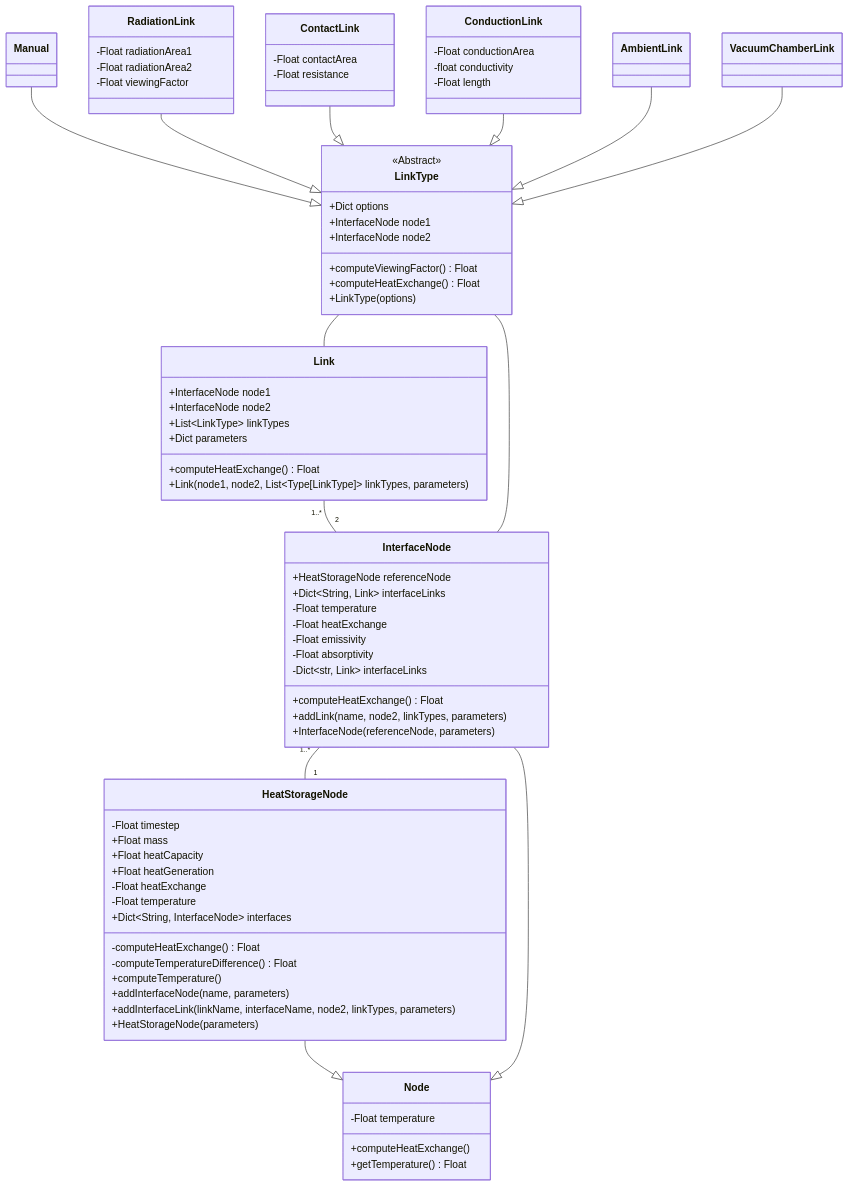
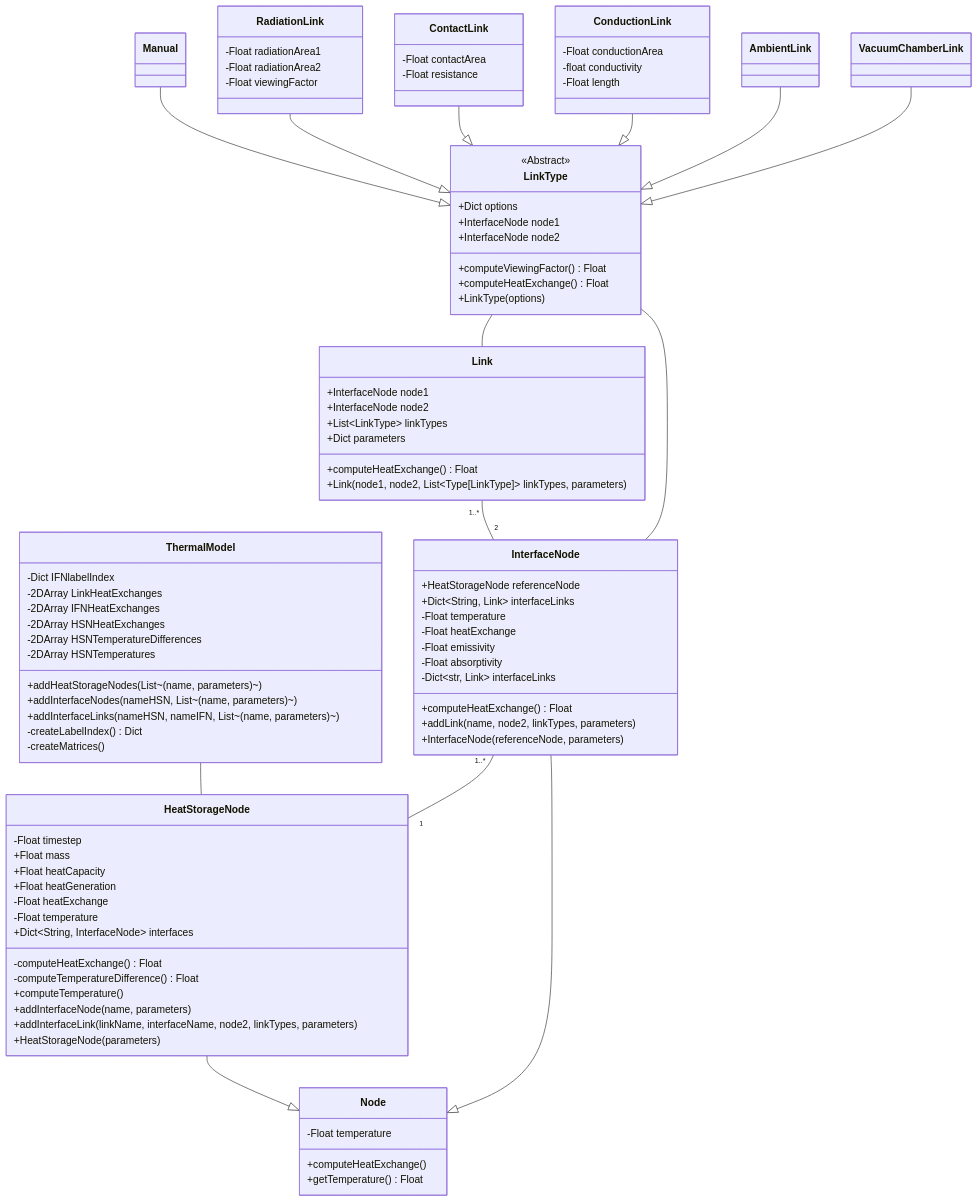
One commit to niveK77pur/ISM-Thermal-Model changed the diagram in class-diagram/class-diagram.mmd. Above: the diagram before and after it, drawn with Mermaid. The commit also changed 2 other files, not shown here.

```diff
--- a/class-diagram/class-diagram.mmd
+++ b/class-diagram/class-diagram.mmd
@@ -1,91 +1,106 @@
 classDiagram
 
+class ThermalModel {
+    -Dict IFNlabelIndex
+    -2DArray LinkHeatExchanges
+    -2DArray IFNHeatExchanges
+    -2DArray HSNHeatExchanges
+    -2DArray HSNTemperatureDifferences
+    -2DArray HSNTemperatures
+    +addHeatStorageNodes(List~(name, parameters)~)
+    +addInterfaceNodes(nameHSN, List~(name, parameters)~)
+    +addInterfaceLinks(nameHSN, nameIFN, List~(name, parameters)~)
+    -createLabelIndex() Dict
+    -createMatrices()
+}
 
 class Node {
     -Float temperature
     +computeHeatExchange()
     +getTemperature() Float
 }
 
 class HeatStorageNode {
     -Float timestep
     +Float mass
     +Float heatCapacity
     +Float heatGeneration
     -Float heatExchange
     -Float temperature
     +Dict~String, InterfaceNode~ interfaces
     -computeHeatExchange() Float
     -computeTemperatureDifference() Float
     +computeTemperature()
     +addInterfaceNode(name, parameters)
     +addInterfaceLink(linkName, interfaceName, node2, linkTypes, parameters)
     +HeatStorageNode(parameters)
 }
 
 class InterfaceNode {
     +HeatStorageNode referenceNode
     +Dict~String, Link~ interfaceLinks
     -Float temperature
     -Float heatExchange
     -Float emissivity
     -Float absorptivity
     -Dict~str, Link~ interfaceLinks
     +computeHeatExchange() Float
     +addLink(name, node2, linkTypes, parameters)
     +InterfaceNode(referenceNode, parameters)
 }
 
 class Link {
     +InterfaceNode node1
     +InterfaceNode node2
     +List~LinkType~ linkTypes
     +Dict parameters
     +computeHeatExchange() Float
     +Link(node1, node2, List~Type[LinkType]~ linkTypes, parameters)
 }
 
 
 class LinkType {
     <<Abstract>>
     +Dict options
     +InterfaceNode node1
     +InterfaceNode node2
     +computeViewingFactor() Float
     +computeHeatExchange() Float
     +LinkType(options)
 }
 
 class RadiationLink {
     -Float radiationArea1
     -Float radiationArea2
     -Float viewingFactor
 }
 
 class ContactLink {
     -Float contactArea
     -Float resistance
 }
 
 class ConductionLink {
     -Float conductionArea
     -float conductivity
     -Float length
 }
 
+ThermalModel -- HeatStorageNode
+
 HeatStorageNode --|> Node
 InterfaceNode --|> Node
 
 Manual --|> LinkType
 RadiationLink --|> LinkType
 ContactLink --|> LinkType
 ConductionLink --|> LinkType
 AmbientLink --|> LinkType
 VacuumChamberLink --|> LinkType
 
 Link "1..*" -- "2" InterfaceNode
 
 InterfaceNode "1..*" -- "1" HeatStorageNode
 
 LinkType -- Link
 LinkType -- InterfaceNode
```
